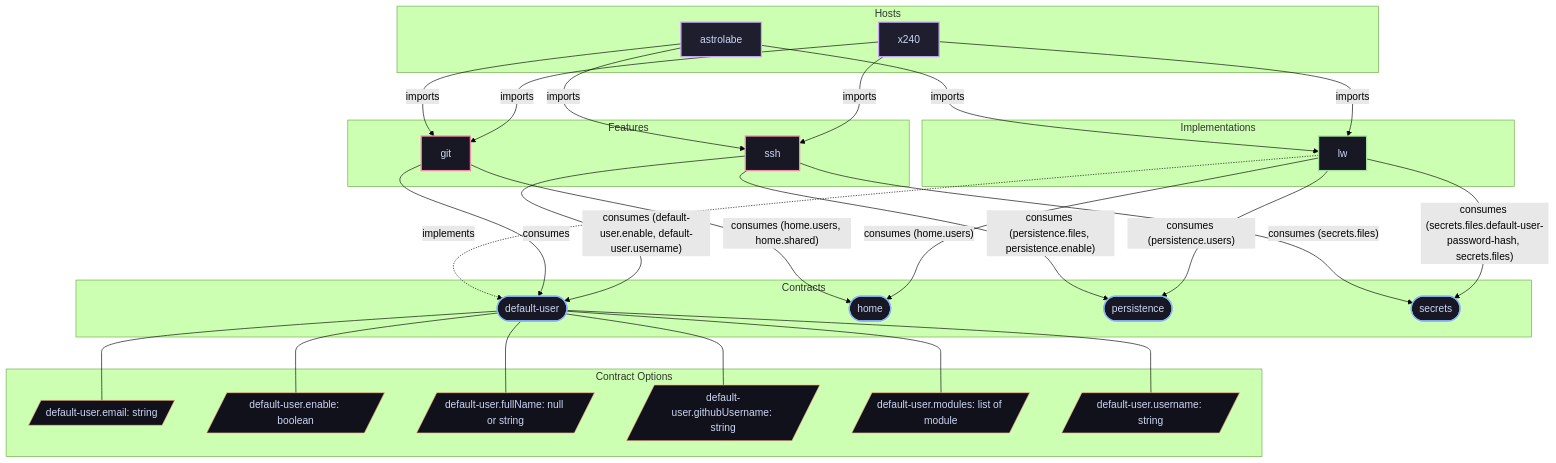
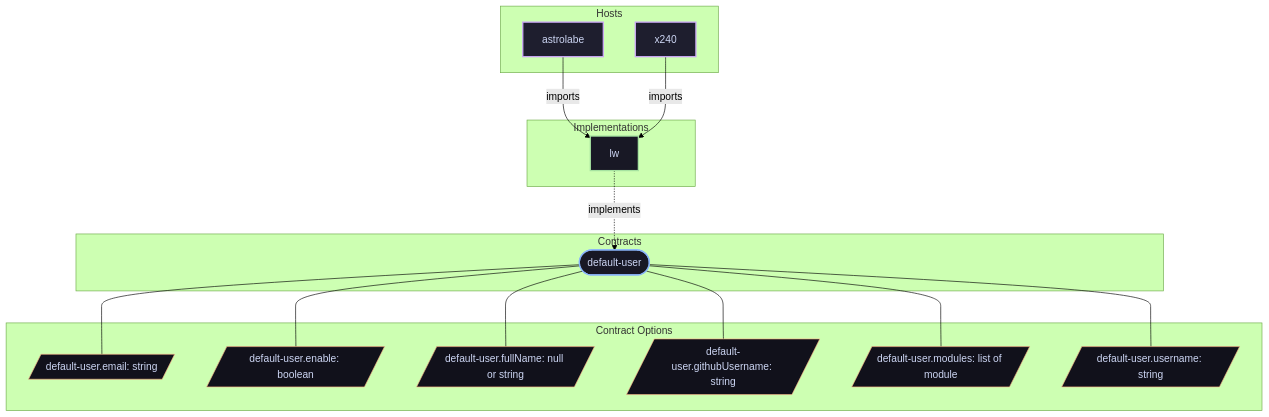
The diagram in docs/contracts/default-user.md (LW-54/nixconf), drawn with Mermaid (forest theme) before and after one commit. The commit also changed other lines of this file and 87 other files, not shown here.

````diff
--- a/docs/contracts/default-user.md
+++ b/docs/contracts/default-user.md
@@ -15,67 +15,47 @@
 ```mermaid
 flowchart TD
     subgraph Hosts["Hosts"]
         host__astrolabe["astrolabe"]:::hostNode
         host__x240["x240"]:::hostNode
     end
 
     subgraph Contracts["Contracts"]
         contract__default_user(["default-user"]):::contractNode
-        contract__home(["home"]):::contractNode
-        contract__persistence(["persistence"]):::contractNode
-        contract__secrets(["secrets"]):::contractNode
     end
 
     subgraph Implementations["Implementations"]
         impl__lw["lw"]:::implNode
-    end
-
-    subgraph Features["Features"]
-        feature__git["git"]:::featureNode
-        feature__ssh["ssh"]:::featureNode
     end
 
     subgraph ContractOptions["Contract Options"]
         opt__default_user_email[/"default-user.email: string"/]:::optNode
         opt__default_user_enable[/"default-user.enable: boolean"/]:::optNode
         opt__default_user_fullName[/"default-user.fullName: null or string"/]:::optNode
         opt__default_user_githubUsername[/"default-user.githubUsername: string"/]:::optNode
         opt__default_user_modules[/"default-user.modules: list of module"/]:::optNode
         opt__default_user_username[/"default-user.username: string"/]:::optNode
     end
 
 
     host__astrolabe -->|"imports"| impl__lw
-    host__astrolabe -->|"imports"| feature__git
-    host__astrolabe -->|"imports"| feature__ssh
     host__x240 -->|"imports"| impl__lw
-    host__x240 -->|"imports"| feature__git
-    host__x240 -->|"imports"| feature__ssh
     impl__lw -.->|"implements"| contract__default_user
-    feature__git -->|"consumes"| contract__default_user
-    feature__git -->|"consumes (home.users, home.shared)"| contract__home
-    feature__ssh -->|"consumes (default-user.enable, default-user.username)"| contract__default_user
-    feature__ssh -->|"consumes (persistence.files, persistence.enable)"| contract__persistence
-    feature__ssh -->|"consumes (secrets.files)"| contract__secrets
-    impl__lw -->|"consumes (home.users)"| contract__home
-    impl__lw -->|"consumes (persistence.users)"| contract__persistence
-    impl__lw -->|"consumes (secrets.files.default-user-password-hash, secrets.files)"| contract__secrets
     contract__default_user --- opt__default_user_email
     contract__default_user --- opt__default_user_enable
     contract__default_user --- opt__default_user_fullName
     contract__default_user --- opt__default_user_githubUsername
     contract__default_user --- opt__default_user_modules
     contract__default_user --- opt__default_user_username
 
 classDef hostNode fill:#1e1e2e,stroke:#cba6f7,stroke-width:2px,color:#cdd6f4;
 classDef contractNode fill:#181825,stroke:#89b4fa,stroke-width:2px,color:#cdd6f4;
 classDef implNode fill:#181825,stroke:#a6e3a1,stroke-width:2px,color:#cdd6f4;
 classDef featureNode fill:#181825,stroke:#f38ba8,stroke-width:2px,color:#cdd6f4;
 classDef libNode fill:#181825,stroke:#94e2d5,stroke-width:2px,color:#cdd6f4;
 classDef optNode fill:#11111b,stroke:#fab387,stroke-width:1px,color:#cdd6f4;
 classDef typeNode fill:#11111b,stroke:#f9e2af,stroke-width:1px,color:#cdd6f4;
 classDef fnNode fill:#181825,stroke:#94e2d5,stroke-width:1px,color:#cdd6f4;
 classDef pkgNode fill:#181825,stroke:#b4befe,stroke-width:1px,color:#cdd6f4;
 classDef shellNode fill:#181825,stroke:#f5c2e7,stroke-width:1px,color:#cdd6f4;
 
 ```
````
